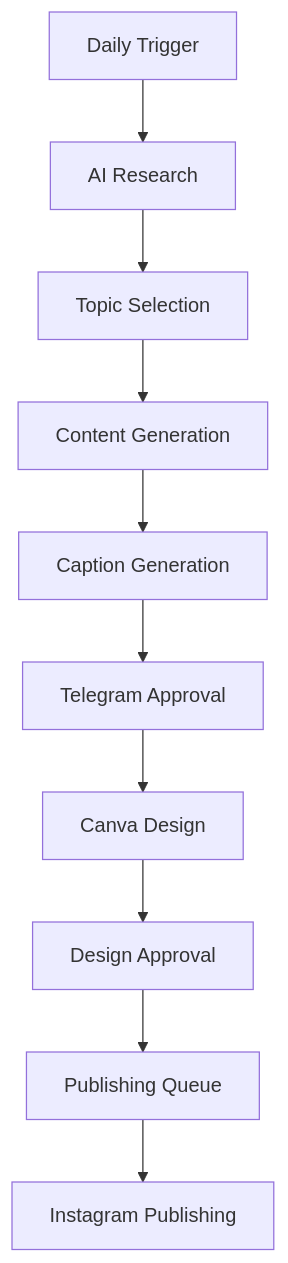
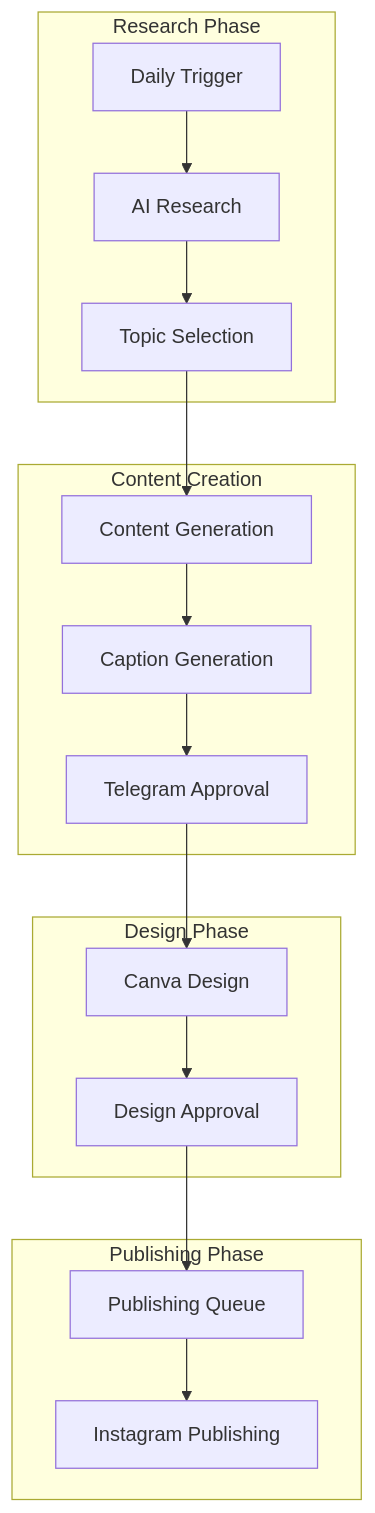
One commit to tasnimalshair/Social-Media-Posts-Generation-Workflow changed the diagram in docs/Tech_Spec.md. Above: the diagram before and after it, drawn with Mermaid.

Commit message:
Refactor workflow diagram into subgraphs

````diff
--- a/docs/Tech_Spec.md
+++ b/docs/Tech_Spec.md
@@ -48,12 +48,24 @@
 ```mermaid
 flowchart TD
-    A[Daily Trigger] --> B[AI Research]
-    B --> C[Topic Selection]
-    C --> D[Content Generation]
-    D --> E[Caption Generation]
-    E --> F[Telegram Approval]
-    F --> G[Canva Design]
-    G --> H[Design Approval]
-    H --> I[Publishing Queue]
-    I --> J[Instagram Publishing]
+
+    subgraph Research Phase
+        A[Daily Trigger] --> B[AI Research]
+        B --> C[Topic Selection]
+    end
+
+    subgraph Content Creation
+        C --> D[Content Generation]
+        D --> E[Caption Generation]
+        E --> F[Telegram Approval]
+    end
+
+    subgraph Design Phase
+        F --> G[Canva Design]
+        G --> H[Design Approval]
+    end
+
+    subgraph Publishing Phase
+        H --> I[Publishing Queue]
+        I --> J[Instagram Publishing]
+    end
 ```
````
